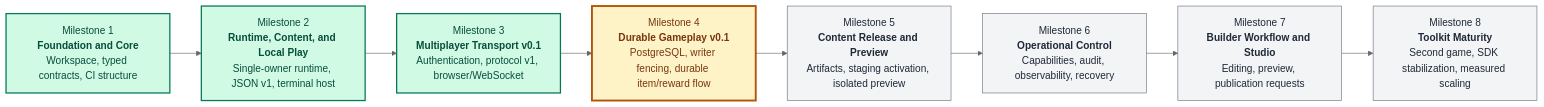
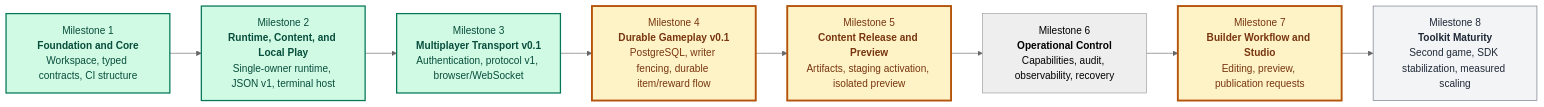
The diagram in ROAD-MAP.md (MudDevelopment/Worldwright), drawn with Mermaid (neutral theme) before and after one commit. The commit also changed other lines of this file and 85 other files, not shown here.

````diff
--- a/ROAD-MAP.md
+++ b/ROAD-MAP.md
@@ -94,18 +108,20 @@
 ```mermaid
 flowchart LR
     M1["Milestone 1<br/><strong>Foundation and Core</strong><br/>Workspace, typed contracts, CI structure"]
     M2["Milestone 2<br/><strong>Runtime, Content, and Local Play</strong><br/>Single-owner runtime, JSON v1, terminal host"]
     M3["Milestone 3<br/><strong>Multiplayer Transport v0.1</strong><br/>Authentication, protocol v1, browser/WebSocket"]
     M4["Milestone 4<br/><strong>Durable Gameplay v0.1</strong><br/>PostgreSQL, writer fencing, durable item/reward flow"]
     M5["Milestone 5<br/><strong>Content Release and Preview</strong><br/>Artifacts, staging activation, isolated preview"]
     M6["Milestone 6<br/><strong>Operational Control</strong><br/>Capabilities, audit, observability, recovery"]
     M7["Milestone 7<br/><strong>Builder Workflow and Studio</strong><br/>Editing, preview, publication requests"]
     M8["Milestone 8<br/><strong>Toolkit Maturity</strong><br/>Second game, SDK stabilization, measured scaling"]
     M1 --> M2 --> M3 --> M4 --> M5 --> M6 --> M7 --> M8
     classDef complete fill:#d1fae5,stroke:#047857,color:#064e3b,stroke-width:2px
     classDef next fill:#fef3c7,stroke:#b45309,color:#78350f,stroke-width:3px
     classDef planned fill:#f3f4f6,stroke:#6b7280,color:#1f2937,stroke-width:1px
     class M1,M2,M3 complete
-    class M4 next
-    class M5,M6,M7,M8 planned
+    classDef awaiting fill:#fef3c7,stroke:#b45309,color:#78350f,stroke-width:3px
+    class M4,M5 awaiting
+    class M7 awaiting
+    class M8 planned
 ```
````
